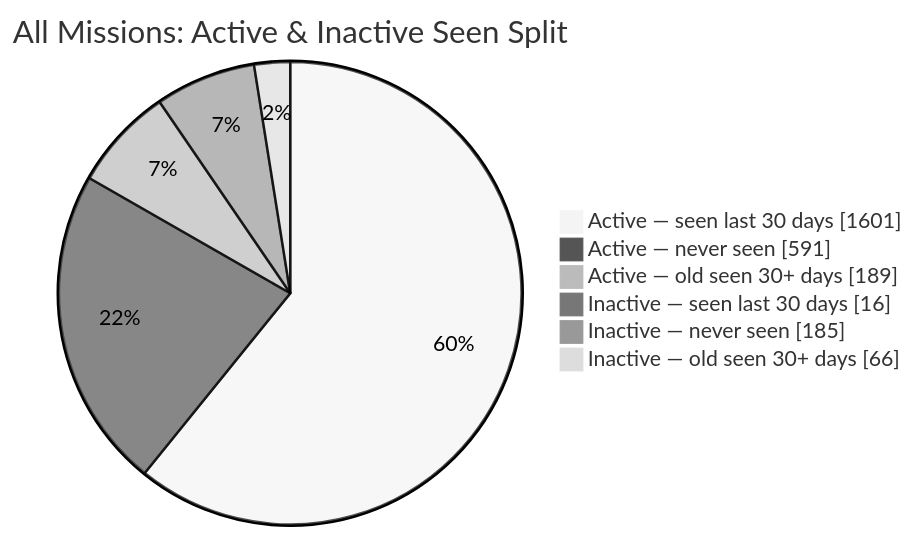
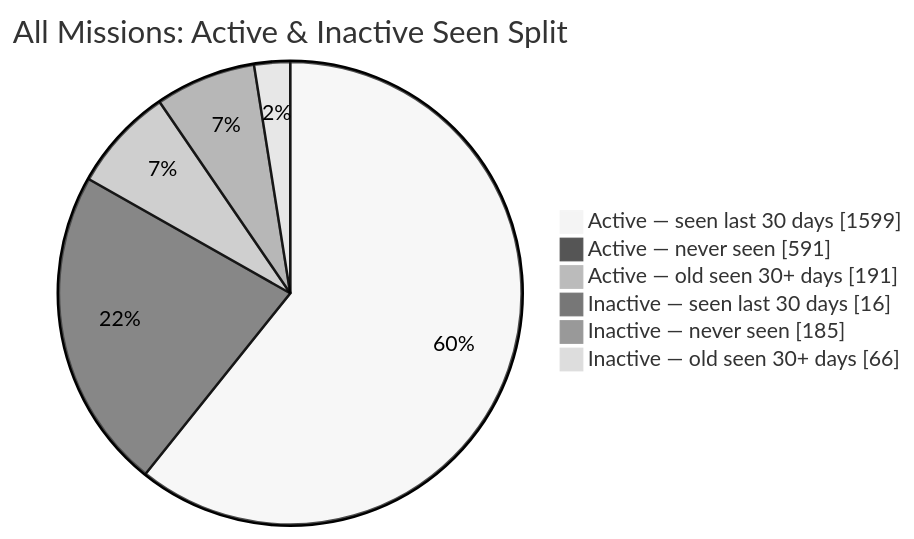
The second of 2 diagrams in README.md (MeldkamerspelGameTeam/active-missions), drawn with Mermaid (neutral theme) before and after one commit. The commit also changed other lines of this file and 2 other files, not shown here.

````diff
--- a/README.md
+++ b/README.md
@@ -44,10 +44,10 @@
 ```mermaid
 pie showData
     title All Missions: Active & Inactive Seen Split
-    "Active — seen last 30 days" : 1601
+    "Active — seen last 30 days" : 1599
     "Active — never seen" : 591
-    "Active — old seen 30+ days" : 189
+    "Active — old seen 30+ days" : 191
     "Inactive — seen last 30 days" : 16
     "Inactive — never seen" : 185
     "Inactive — old seen 30+ days" : 66
 ```
````
